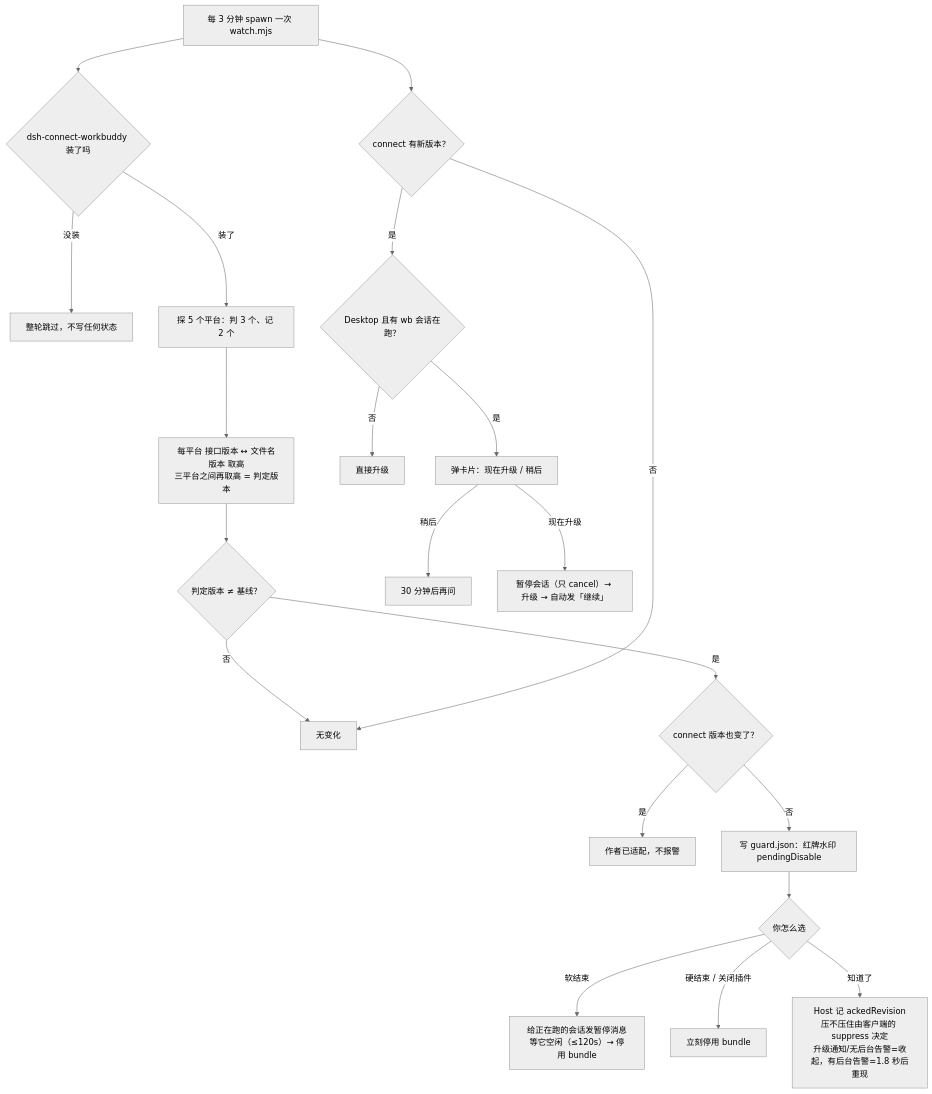
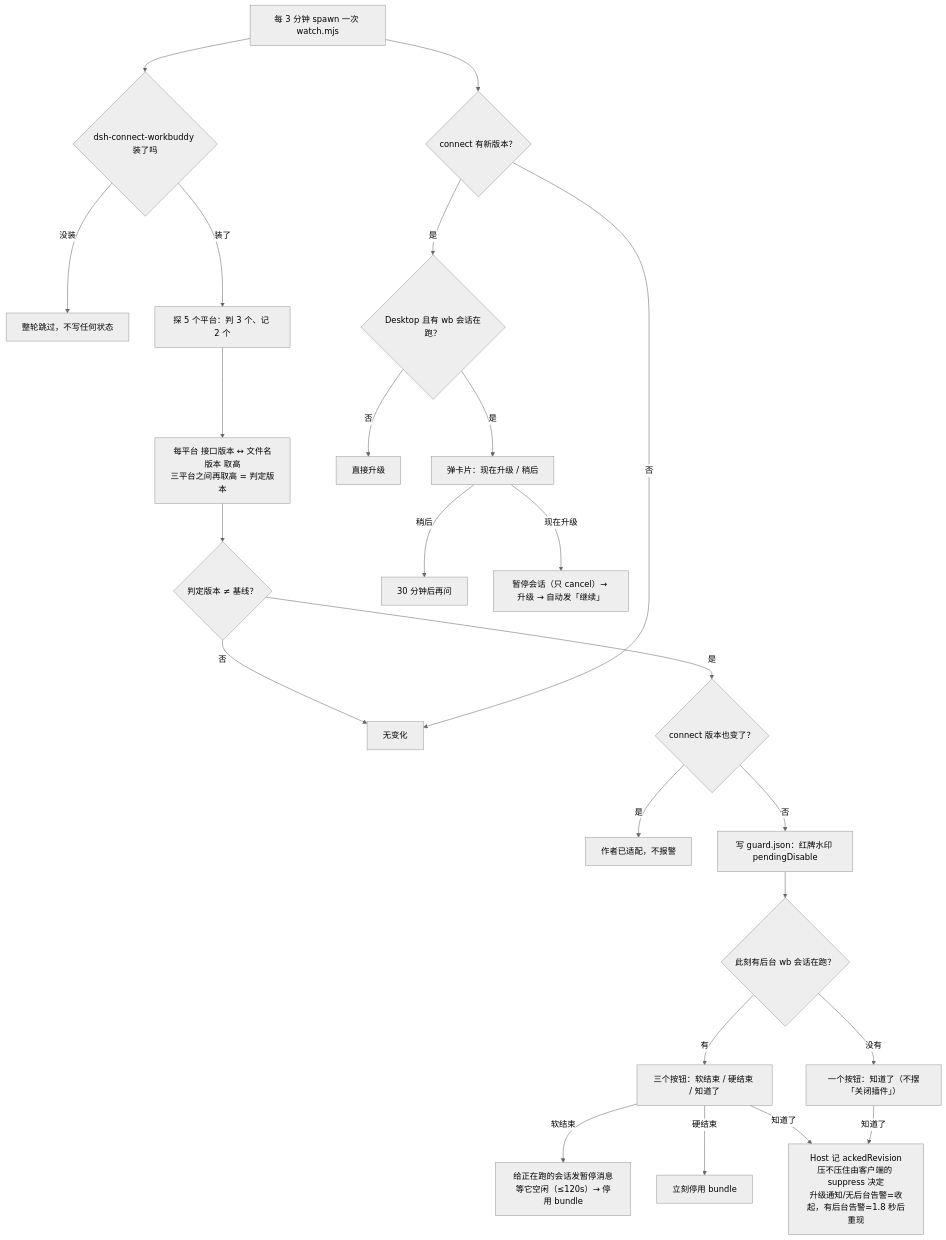
One commit to eeetechen/dsh-workbuddy-account-care changed the diagram in README.md. Above: the diagram before and after it, drawn with Mermaid (neutral theme). The commit also changed other lines of this file and 11 other files, not shown here.

First line of the commit message:
0.0.11：修两处按钮缺陷，补行为流程图

````diff
--- a/README.md
+++ b/README.md
@@ -37,23 +40,26 @@
 ```mermaid
 flowchart TD
   A["每 3 分钟 spawn 一次 watch.mjs"] --> B{"dsh-connect-workbuddy 装了吗"}
   B -- 没装 --> B1["整轮跳过，不写任何状态"]
   B -- 装了 --> C["探 5 个平台：判 3 个、记 2 个"]
   C --> D["每平台 接口版本 ↔ 文件名版本 取高<br/>三平台之间再取高 = 判定版本"]
   D --> E{"判定版本 ≠ 基线？"}
   E -- 否 --> Z["无变化"]
   E -- 是 --> F{"connect 版本也变了？"}
   F -- 是 --> Z2["作者已适配，不报警"]
   F -- 否 --> G["写 guard.json：红牌水印 pendingDisable"]
-  G --> H{"你怎么选"}
-  H -- 软结束 --> I["给正在跑的会话发暂停消息<br/>等它空闲（≤120s）→ 停用 bundle"]
-  H -- 硬结束 / 关闭插件 --> J["立刻停用 bundle"]
-  H -- 知道了 --> K["Host 记 ackedRevision<br/>压不压住由客户端的 suppress 决定<br/>升级通知/无后台告警=收起，有后台告警=1.8 秒后重现"]
+  G --> H{"此刻有后台 wb 会话在跑？"}
+  H -- 有 --> I2["三个按钮：软结束 / 硬结束 / 知道了"]
+  H -- 没有 --> I3["一个按钮：知道了（不摆「关闭插件」）"]
+  I2 -- 软结束 --> I["给正在跑的会话发暂停消息<br/>等它空闲（≤120s）→ 停用 bundle"]
+  I2 -- 硬结束 --> J["立刻停用 bundle"]
+  I2 -- 知道了 --> K["Host 记 ackedRevision<br/>压不压住由客户端的 suppress 决定<br/>升级通知/无后台告警=收起，有后台告警=1.8 秒后重现"]
+  I3 -- 知道了 --> K
   A --> U{"connect 有新版本？"}
   U -- 否 --> Z
   U -- 是 --> V{"Desktop 且有 wb 会话在跑？"}
   V -- 否 --> W["直接升级"]
   V -- 是 --> X["弹卡片：现在升级 / 稍后"]
   X -- 稍后 --> X2["30 分钟后再问"]
   X -- 现在升级 --> Y["暂停会话（只 cancel）→ 升级 → 自动发「继续」"]
 ```
````
